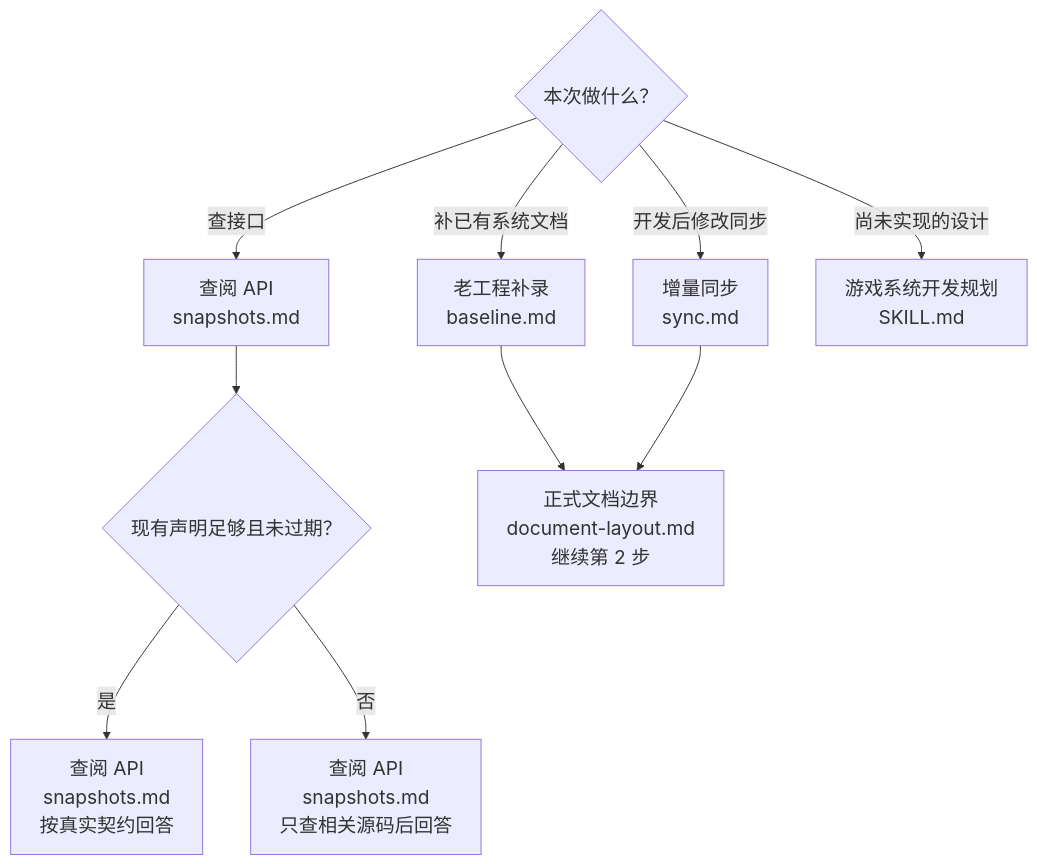
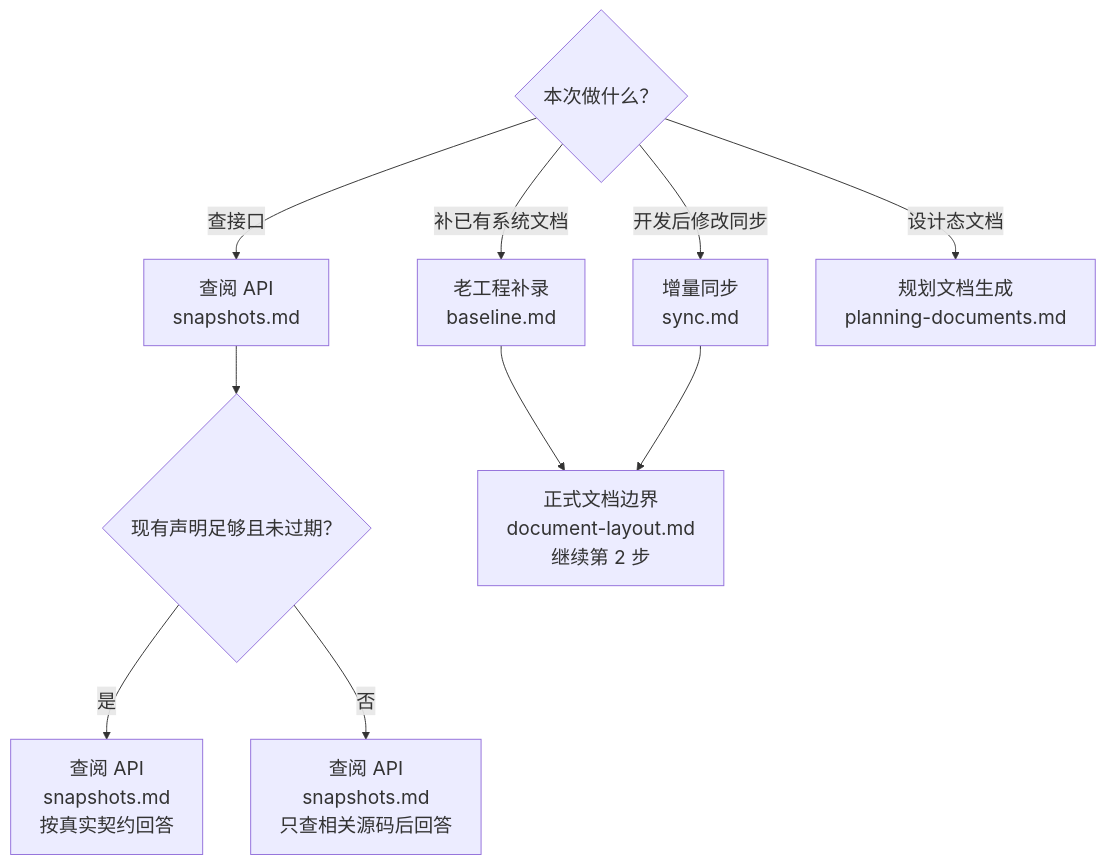
Before and after one commit to 229196637/game-development-skills: the first of 2 diagrams in game-system-development-documentation/SKILL.md, drawn with Mermaid. The commit also changed other lines of this file and 58 other files, not shown here.

````diff
--- a/game-system-development-documentation/SKILL.md
+++ b/game-system-development-documentation/SKILL.md
@@ -18,21 +18,21 @@
 ```mermaid
 %%{init: {"themeVariables": {"fontSize": "20px"}, "flowchart": {"wrappingWidth": 360}}}%%
 flowchart TD
   Task{"本次做什么？"}
   Task -->|查接口| Api["查阅 API<br/>snapshots.md"]
   Api --> Enough{"现有声明足够且未过期？"}
   Enough -->|是| Answer["查阅 API<br/>snapshots.md<br/>按真实契约回答"]
   Enough -->|否| Check["查阅 API<br/>snapshots.md<br/>只查相关源码后回答"]
   Task -->|补已有系统文档| Baseline["老工程补录<br/>baseline.md"]
   Task -->|开发后修改同步| Sync["增量同步<br/>sync.md"]
-  Task -->|尚未实现的设计| Plan["游戏系统开发规划<br/>SKILL.md"]
+  Task -->|设计态文档| Plan["规划文档生成<br/>planning-documents.md"]
   Baseline --> Emit["正式文档边界<br/>document-layout.md<br/>继续第 2 步"]
   Sync --> Emit
   click Api "references/api/snapshots.md"
   click Answer "references/api/snapshots.md"
   click Check "references/api/snapshots.md"
   click Baseline "references/workflows/baseline.md"
   click Sync "references/workflows/sync.md"
-  click Plan "../game-system-development-planning/SKILL.md"
+  click Plan "references/workflows/planning-documents.md"
   click Emit "references/contracts/document-layout.md"
 ```
````
